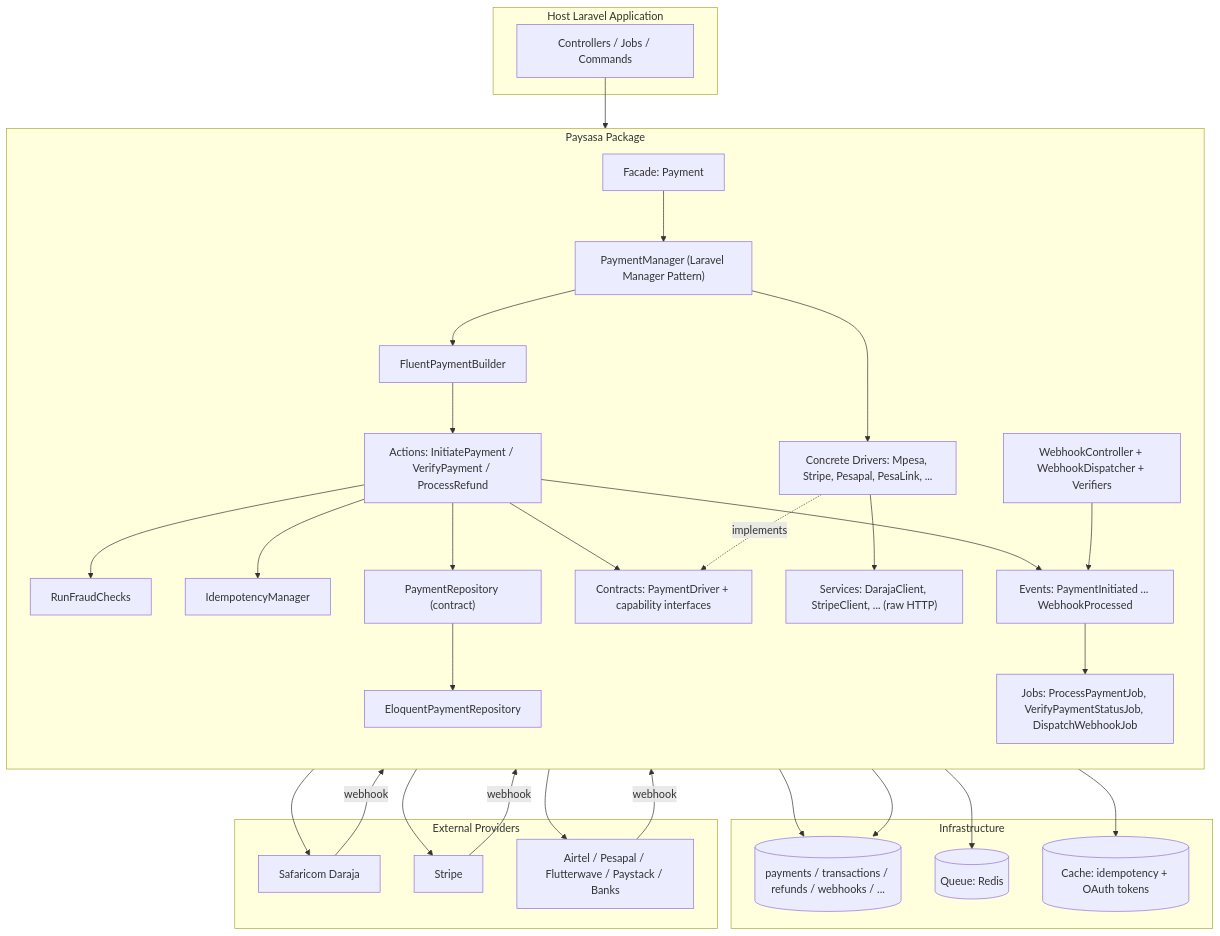
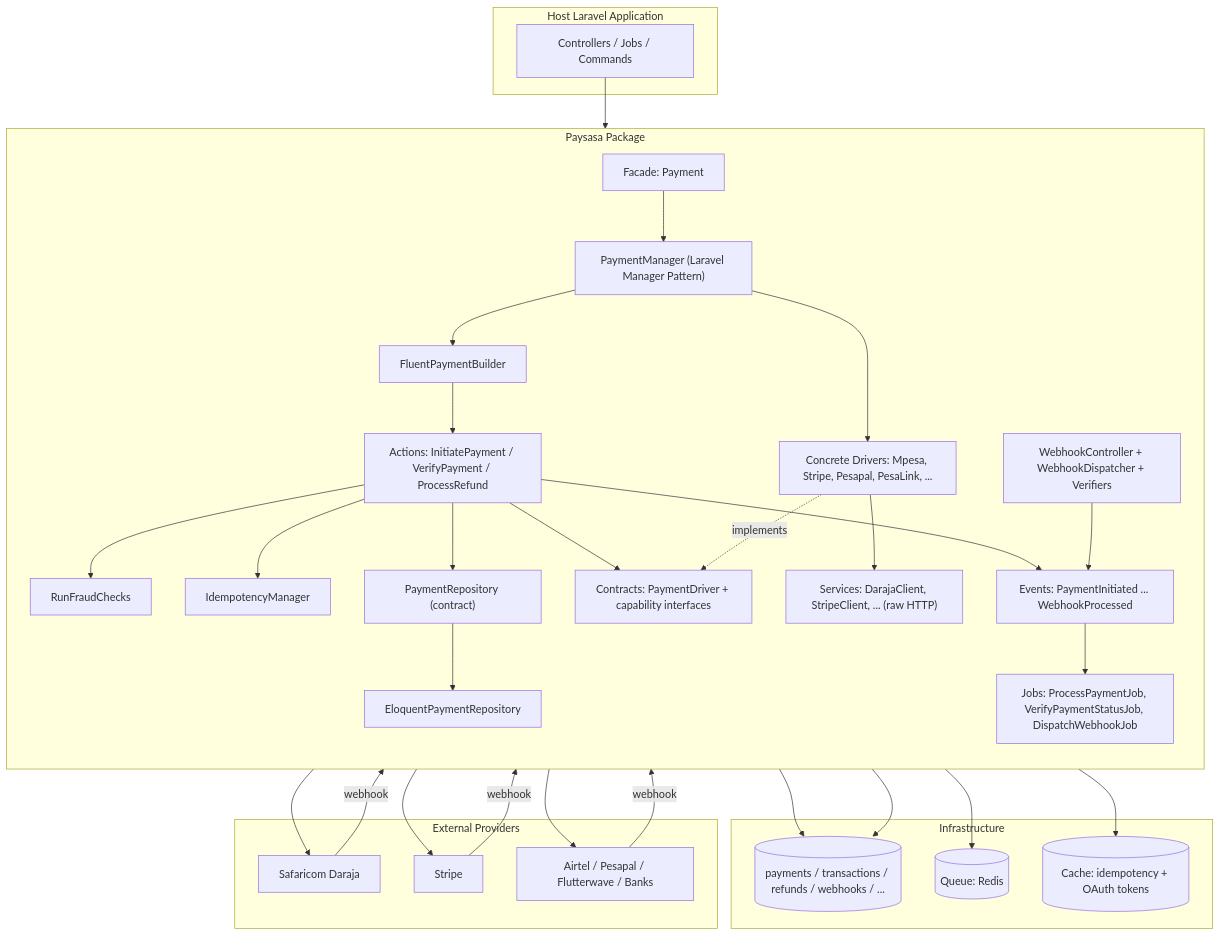
The diagram in Documentation/00-overview.md (cyrus-48/paysasa), drawn with Mermaid before and after one commit. The commit also changed other lines of this file and 20 other files, not shown here.

````diff
--- a/Documentation/00-overview.md
+++ b/Documentation/00-overview.md
@@ -7,48 +7,48 @@
 ```mermaid
 flowchart TB
     subgraph App["Host Laravel Application"]
         Ctrl[Controllers / Jobs / Commands]
     end
 
     subgraph Paysasa["Paysasa Package"]
         direction TB
         Facade["Facade: Payment"]
         Manager["PaymentManager (Laravel Manager Pattern)"]
         Builder["FluentPaymentBuilder"]
         Action["Actions: InitiatePayment / VerifyPayment / ProcessRefund"]
         Fraud["RunFraudChecks"]
         Idem["IdempotencyManager"]
         Repo["PaymentRepository (contract)"]
         EloquentRepo["EloquentPaymentRepository"]
         Driver["Contracts: PaymentDriver + capability interfaces"]
         Concrete["Concrete Drivers: Mpesa, Stripe, Pesapal, PesaLink, ..."]
         Client["Services: DarajaClient, StripeClient, ... (raw HTTP)"]
         Events["Events: PaymentInitiated ... WebhookProcessed"]
         Webhook["WebhookController + WebhookDispatcher + Verifiers"]
         Jobs["Jobs: ProcessPaymentJob, VerifyPaymentStatusJob, DispatchWebhookJob"]
     end
 
     subgraph Infra["Infrastructure"]
         DB[(payments / transactions / refunds / webhooks / ...)]
         Queue[(Queue: Redis)]
         Cache[(Cache: idempotency + OAuth tokens)]
     end
 
     subgraph Providers["External Providers"]
         Daraja[Safaricom Daraja]
         StripeAPI[Stripe]
-        Others[Airtel / Pesapal / Flutterwave / Paystack / Banks]
+        Others[Airtel / Pesapal / Flutterwave / Banks]
     end
 
     Ctrl --> Facade --> Manager --> Builder --> Action
     Action --> Fraud
     Action --> Idem --> Cache
     Action --> Repo --> EloquentRepo --> DB
     Action --> Driver
     Manager --> Concrete
     Concrete -.implements.-> Driver
     Concrete --> Client --> Daraja & StripeAPI & Others
     Action --> Events --> Jobs --> Queue
     Daraja & StripeAPI & Others -->|webhook| Webhook --> Events
     Webhook --> DB
 ```
````
